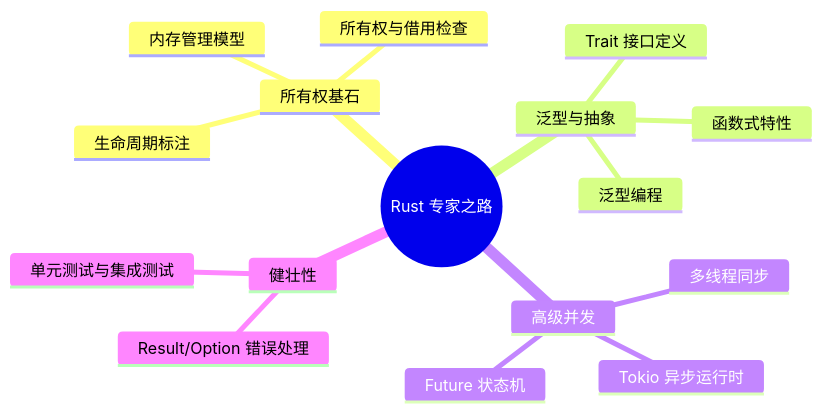
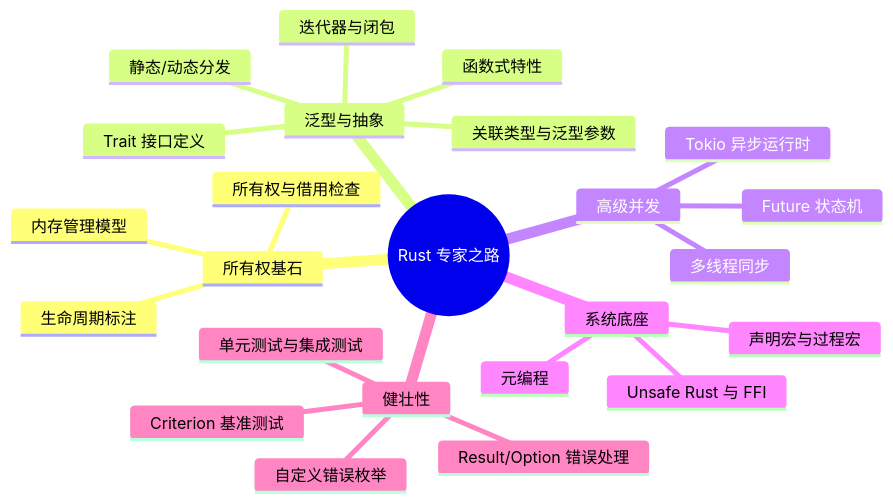
Before and after one commit to Aiden-Coding/AiDocs: the diagram in docs/rust/readme.md, drawn with Mermaid. The commit also changed other lines of this file and 6 other files, not shown here.

Commit message:
docs: add guides for macros, testing, and unsafe Rust while updating existing documentation modules

````diff
--- a/docs/rust/readme.md
+++ b/docs/rust/readme.md
@@ -17,19 +17,27 @@
 ```mermaid
 mindmap
   root((Rust 专家之路))
     所有权基石
       内存管理模型
       所有权与借用检查
       生命周期标注
     泛型与抽象
       Trait 接口定义
-      泛型编程
+      关联类型与泛型参数
+      静态/动态分发
       函数式特性
+      迭代器与闭包
     高级并发
       多线程同步
       Tokio 异步运行时
       Future 状态机
+    系统底座
+      Unsafe Rust 与 FFI
+      声明宏与过程宏
+      元编程
     健壮性
       Result/Option 错误处理
+      自定义错误枚举
       单元测试与集成测试
+      Criterion 基准测试
 ```
````
